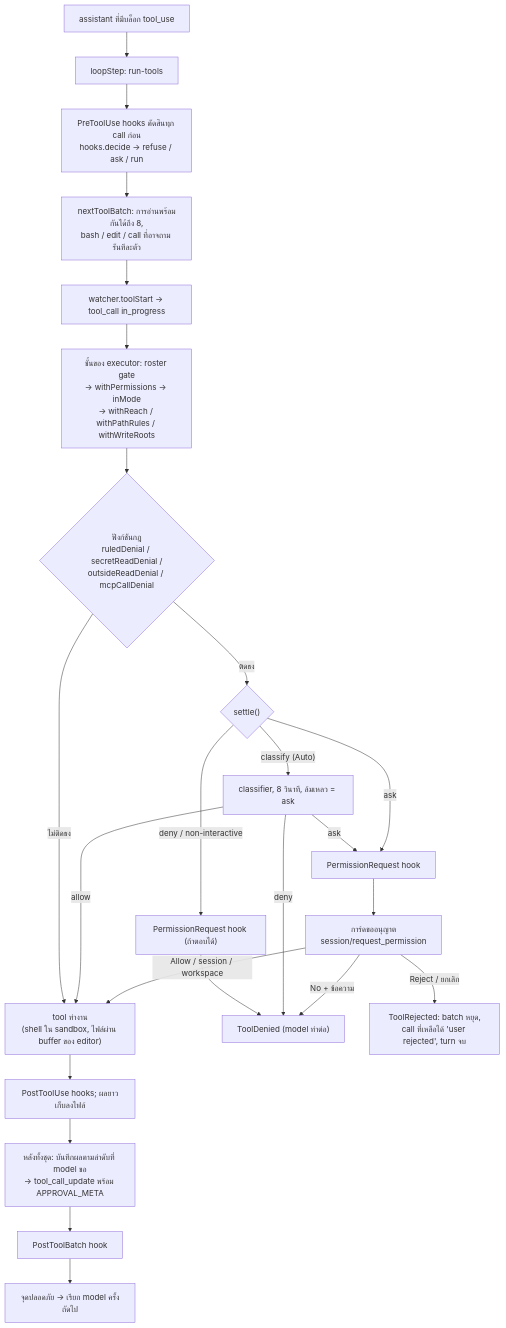
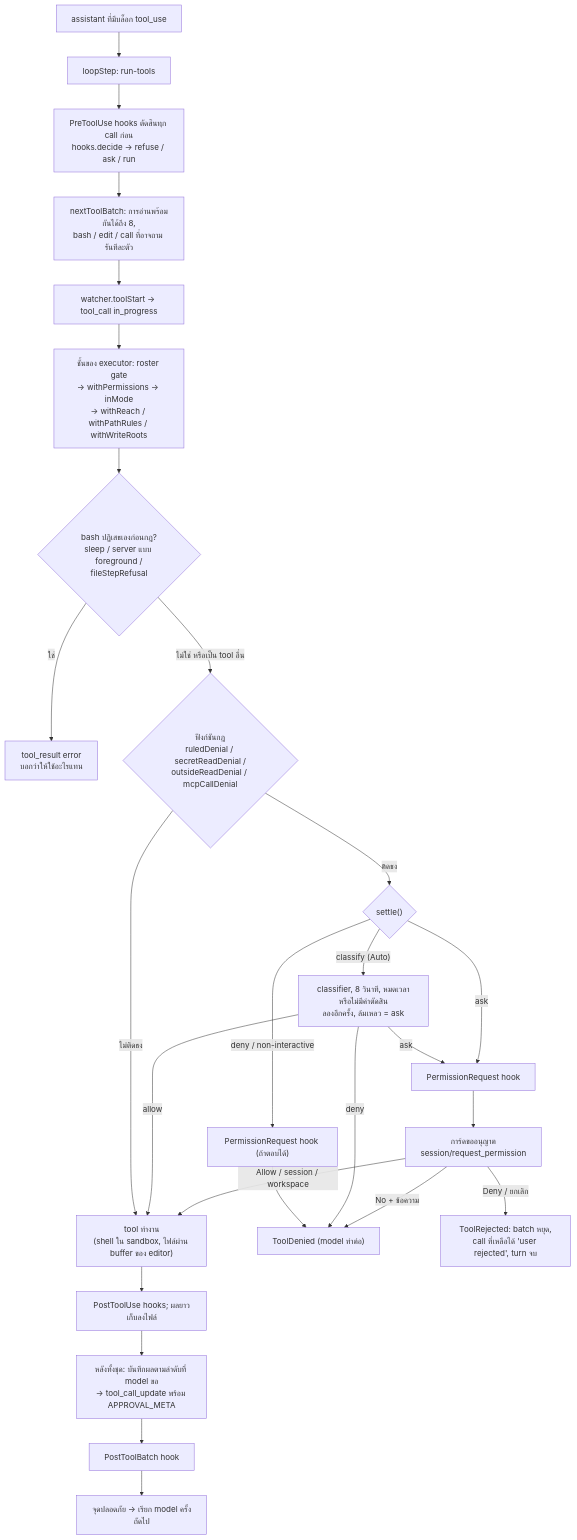
One commit to GA-MO/geno changed the diagram in packages/docs/src/content/docs/concepts/tool-pipeline.md. Above: the diagram before and after it, drawn with Mermaid. The commit also changed other lines of this file and 224 other files, not shown here.

````diff
--- a/packages/docs/src/content/docs/concepts/tool-pipeline.md
+++ b/packages/docs/src/content/docs/concepts/tool-pipeline.md
@@ -8,23 +35,25 @@
 ```mermaid
 flowchart TD
   A["assistant ที่มีบล็อก tool_use"] --> B["loopStep: run-tools"]
   B --> H["PreToolUse hooks ตัดสินทุก call ก่อน<br/>hooks.decide → refuse / ask / run"]
   H --> N["nextToolBatch: การอ่านพร้อมกันได้ถึง 8,<br/>bash / edit / call ที่อาจถาม รันทีละตัว"]
   N --> S["watcher.toolStart → tool_call in_progress"]
   S --> X["ชั้นของ executor: roster gate<br/>→ withPermissions → inMode<br/>→ withReach / withPathRules / withWriteRoots"]
-  X --> R{"ฟังก์ชันกฎ<br/>ruledDenial / secretReadDenial /<br/>outsideReadDenial / mcpCallDenial"}
+  X --> BR{"bash ปฏิเสธเองก่อนกฎ?<br/>sleep / server แบบ foreground /<br/>fileStepRefusal"}
+  BR -- "ใช่" --> BRE["tool_result error<br/>บอกว่าให้ใช้อะไรแทน"]
+  BR -- "ไม่ใช่ หรือเป็น tool อื่น" --> R{"ฟังก์ชันกฎ<br/>ruledDenial / secretReadDenial /<br/>outsideReadDenial / mcpCallDenial"}
   R -- "ไม่ติดธง" --> RUN["tool ทำงาน<br/>(shell ใน sandbox, ไฟล์ผ่าน buffer ของ editor)"]
   R -- "ติดธง" --> ST{"settle()"}
   ST -- "deny / non-interactive" --> PRH1["PermissionRequest hook (ถ้าตอบได้)"] --> DEN["ToolDenied (model ทำต่อ)"]
-  ST -- "classify (Auto)" --> CL["classifier, 8 วินาที, ล้มเหลว = ask"]
+  ST -- "classify (Auto)" --> CL["classifier, 8 วินาที, หมดเวลาหรือไม่มีคำตัดสิน<br/>ลองอีกครั้ง, ล้มเหลว = ask"]
   CL -- allow --> RUN
   CL -- deny --> DEN
   CL -- ask --> PRH2
   ST -- "ask" --> PRH2["PermissionRequest hook"] --> CARD["การ์ดขออนุญาต<br/>session/request_permission"]
   CARD -- "Allow / session / workspace" --> RUN
   CARD -- "No + ข้อความ" --> DEN
-  CARD -- "Reject / ยกเลิก" --> REJ["ToolRejected: batch หยุด,<br/>call ที่เหลือได้ 'user rejected', turn จบ"]
+  CARD -- "Deny / ยกเลิก" --> REJ["ToolRejected: batch หยุด,<br/>call ที่เหลือได้ 'user rejected', turn จบ"]
   RUN --> POST["PostToolUse hooks; ผลยาวเก็บลงไฟล์"]
   POST --> LOGR["หลังทั้งชุด: บันทึกผลตามลำดับที่ model ขอ<br/>→ tool_call_update พร้อม APPROVAL_META"]
   LOGR --> PB["PostToolBatch hook"] --> NEXT["จุดปลอดภัย → เรียก model ครั้งถัดไป"]
 ```
````
